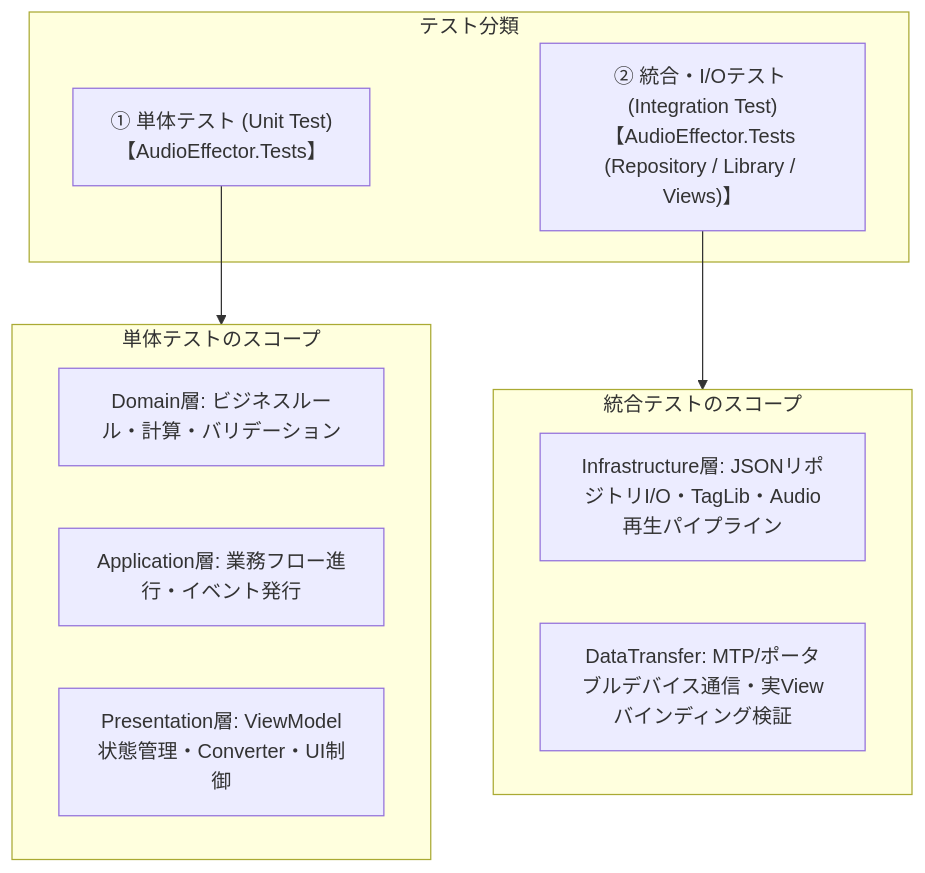
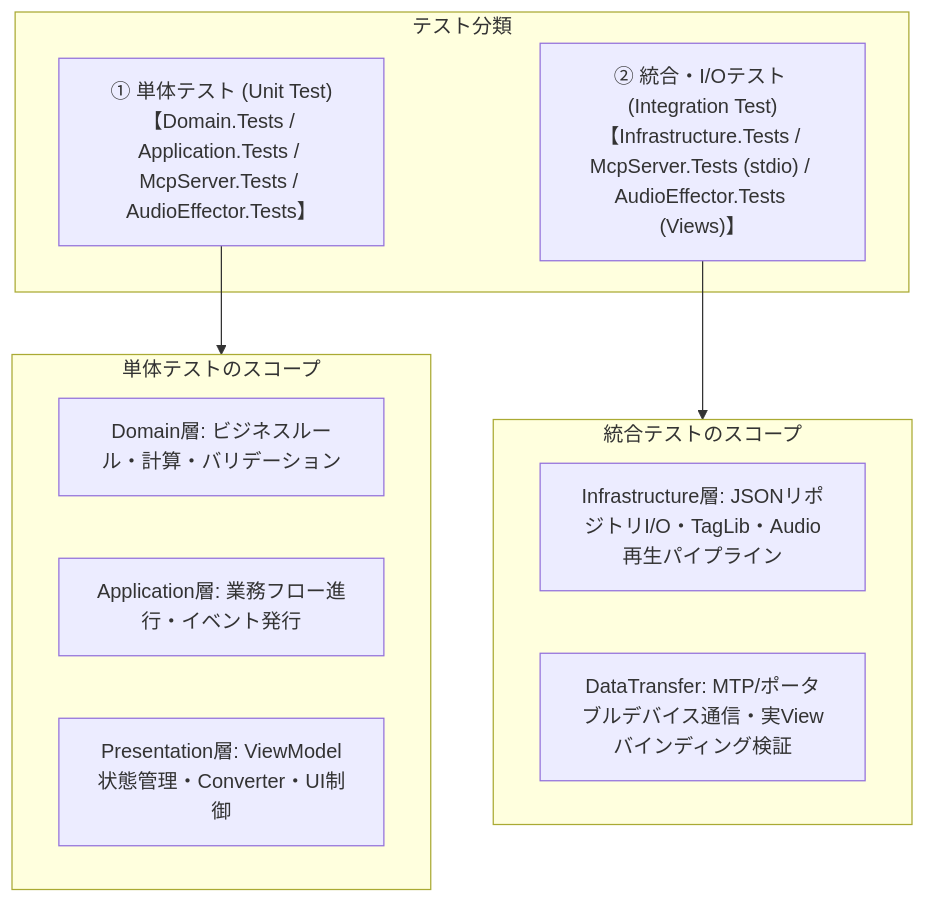
One commit to taketonnbo/Audio_Effector changed the first of 2 diagrams in 設計/詳細設計/テスト仕様/テスト方針書.md. Above: the diagram before and after it, drawn with Mermaid. The commit also changed other lines of this file and 1 other file, not shown here.

Commit message:
docs: 📝 #326 テスト方針書セクション3とtest_rulesのfrontmatterを新構成へ統一する

````diff
--- a/設計/詳細設計/テスト仕様/テスト方針書.md
+++ b/設計/詳細設計/テスト仕様/テスト方針書.md
@@ -36,21 +36,21 @@
 ```mermaid
 flowchart TD
     subgraph TestLevels["テスト分類"]
-        UT["① 単体テスト (Unit Test)<br/>【AudioEffector.Tests】"]
-        IT["② 統合・I/Oテスト (Integration Test)<br/>【AudioEffector.Tests (Repository / Library / Views)】"]
+        UT["① 単体テスト (Unit Test)<br/>【Domain.Tests / Application.Tests / McpServer.Tests / AudioEffector.Tests】"]
+        IT["② 統合・I/Oテスト (Integration Test)<br/>【Infrastructure.Tests / McpServer.Tests (stdio) / AudioEffector.Tests (Views)】"]
     end
 
     subgraph ScopeUT["単体テストのスコープ"]
         UT_Domain["Domain層: ビジネスルール・計算・バリデーション"]
         UT_App["Application層: 業務フロー進行・イベント発行"]
         UT_Pres["Presentation層: ViewModel状態管理・Converter・UI制御"]
     end
 
     subgraph ScopeIT["統合テストのスコープ"]
         IT_Infra["Infrastructure層: JSONリポジトリI/O・TagLib・Audio再生パイプライン"]
         IT_Transfer["DataTransfer: MTP/ポータブルデバイス通信・実Viewバインディング検証"]
     end
 
     UT --> ScopeUT
     IT --> ScopeIT
 ```
````
